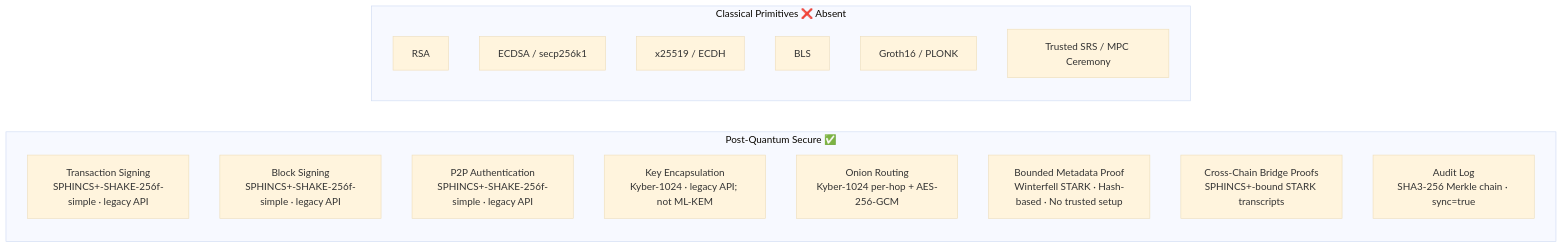
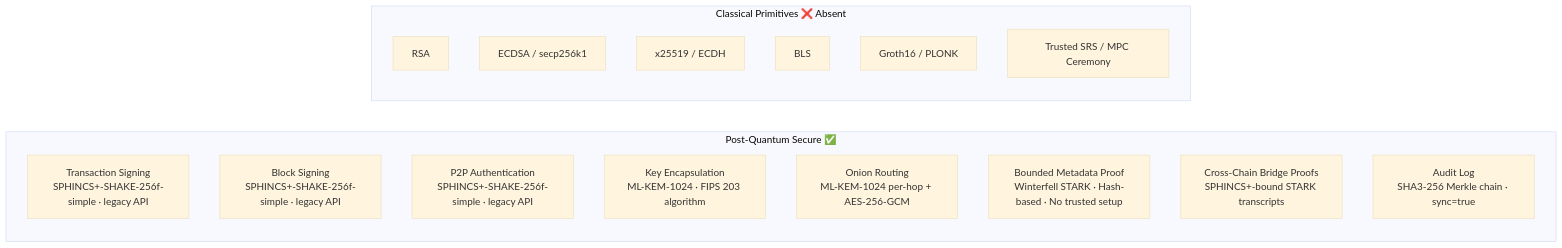
Before and after one commit to BleepEcosystem/BLEEP-v1: the second of 7 diagrams in WHITEPAPER.md, drawn with Mermaid (base theme). The commit also changed other lines of this file and 38 other files, not shown here.

````diff
--- a/WHITEPAPER.md
+++ b/WHITEPAPER.md
@@ -158,31 +158,31 @@
 ```mermaid
 graph LR
     subgraph PQ["Post-Quantum Secure ✅"]
         direction TB
         TX_SIGN["Transaction Signing
 SPHINCS+-SHAKE-256f-simple · legacy API"]
         BLK_SIGN["Block Signing
 SPHINCS+-SHAKE-256f-simple · legacy API"]
         P2P_AUTH["P2P Authentication
 SPHINCS+-SHAKE-256f-simple · legacy API"]
         KEM["Key Encapsulation
-Kyber-1024 · legacy API; not ML-KEM"]
+ML-KEM-1024 · FIPS 203 algorithm"]
         ONION["Onion Routing
-Kyber-1024 per-hop + AES-256-GCM"]
+ML-KEM-1024 per-hop + AES-256-GCM"]
         ZKP_BLOCK["Bounded Metadata Proof
 Winterfell STARK · Hash-based · No trusted setup"]
         ZKP_BRIDGE["Cross-Chain Bridge Proofs
 SPHINCS+-bound STARK transcripts"]
         AUDIT["Audit Log
 SHA3-256 Merkle chain · sync=true"]
     end
     subgraph CLASSICAL["Classical Primitives ❌ Absent"]
         direction TB
         RSA["RSA"]
         ECDSA["ECDSA / secp256k1"]
         X25519["x25519 / ECDH"]
         BLS["BLS"]
         G16["Groth16 / PLONK"]
         SRS["Trusted SRS / MPC Ceremony"]
     end
 ```
````
